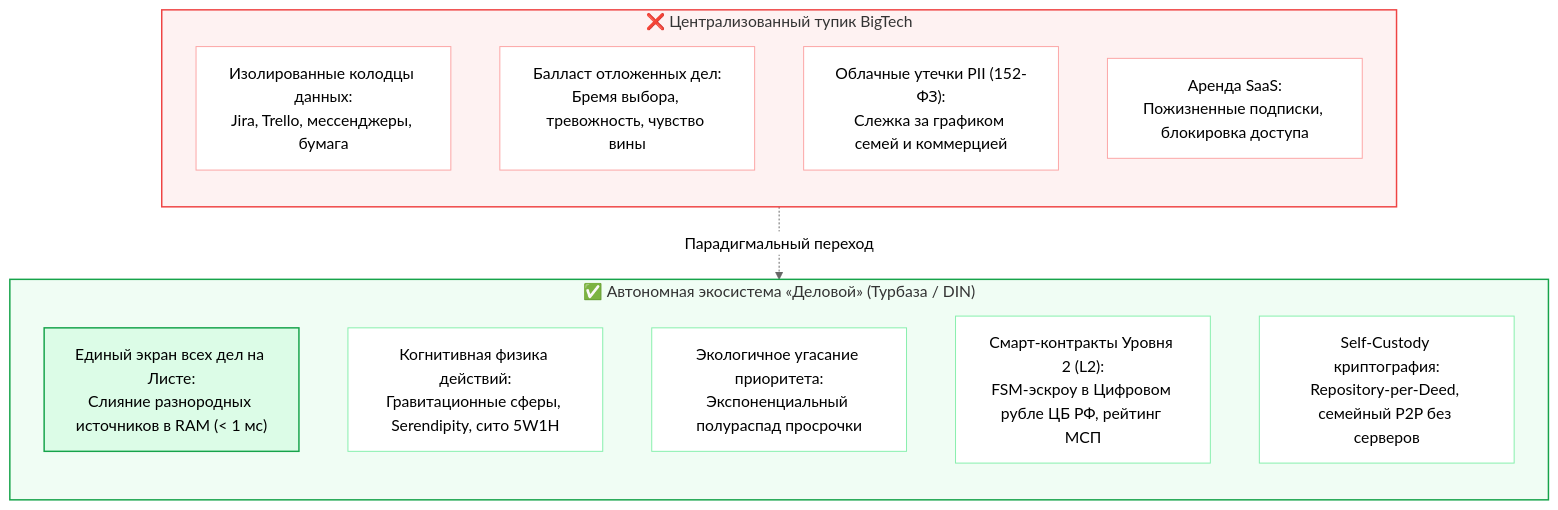
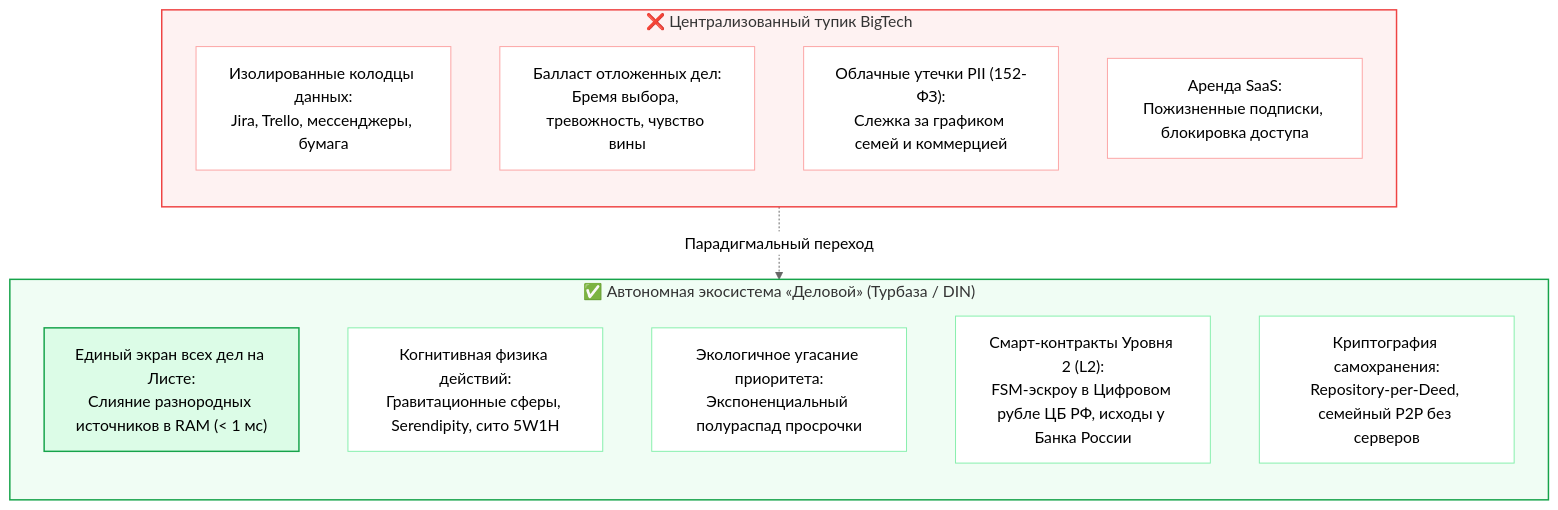
The first of 7 diagrams in shared_docs/whitepapers/applications/gogetter/GoGetter_Ecosystem_Impact_Guide.md (Data-Independence-Network/presentations), drawn with Mermaid (neutral theme) before and after one commit. The commit also changed other lines of this file and 10 other files, not shown here.

````diff
--- a/shared_docs/whitepapers/applications/gogetter/GoGetter_Ecosystem_Impact_Guide.md
+++ b/shared_docs/whitepapers/applications/gogetter/GoGetter_Ecosystem_Impact_Guide.md
@@ -50,33 +50,33 @@
 ```mermaid
 flowchart TD
     subgraph OldTrap ["❌ Централизованный тупик BigTech"]
         direction TB
         Silos["Изолированные колодцы данных:<br/>Jira, Trello, мессенджеры, бумага"]
         Guilt["Балласт отложенных дел:<br/>Бремя выбора, тревожность, чувство вины"]
         LeakRisk["Облачные утечки PII (152-ФЗ):<br/>Слежка за графиком семей и коммерцией"]
         Rent["Аренда SaaS:<br/>Пожизненные подписки, блокировка доступа"]
     end
 
     subgraph GoGetterAlt ["✅ Автономная экосистема «Деловой» (Турбаза / DIN)"]
         direction TB
         UnifiedLeaf["Единый экран всех дел на Листе:<br/>Слияние разнородных источников в RAM (< 1 мс)"]
         CognitivePhysics["Когнитивная физика действий:<br/>Гравитационные сферы, Serendipity, сито 5W1H"]
         Decay["Экологичное угасание приоритета:<br/>Экспоненциальный полураспад просрочки"]
-        L2Smart["Смарт-контракты Уровня 2 (L2):<br/>FSM-эскроу в Цифровом рубле ЦБ РФ, рейтинг МСП"]
-        P2PPrivacy["Self-Custody криптография:<br/>Repository-per-Deed, семейный P2P без серверов"]
+        L2Smart["Смарт-контракты Уровня 2 (L2):<br/>FSM-эскроу в Цифровом рубле ЦБ РФ, исходы у Банка России"]
+        P2PPrivacy["Криптография самохранения:<br/>Repository-per-Deed, семейный P2P без серверов"]
     end
 
     OldTrap -.->|Парадигмальный переход| GoGetterAlt
 
     style OldTrap fill:#fef2f2,stroke:#ef4444,stroke-width:1.5px
     style GoGetterAlt fill:#f0fdf4,stroke:#16a34a,stroke-width:1.5px
     style Silos fill:#ffffff,stroke:#fca5a5,stroke-width:1px
     style Guilt fill:#ffffff,stroke:#fca5a5,stroke-width:1px
     style LeakRisk fill:#ffffff,stroke:#fca5a5,stroke-width:1px
     style Rent fill:#ffffff,stroke:#fca5a5,stroke-width:1px
     style UnifiedLeaf fill:#dcfce7,stroke:#16a34a,stroke-width:1.5px
     style CognitivePhysics fill:#ffffff,stroke:#86efac,stroke-width:1px
     style Decay fill:#ffffff,stroke:#86efac,stroke-width:1px
     style L2Smart fill:#ffffff,stroke:#86efac,stroke-width:1px
     style P2PPrivacy fill:#ffffff,stroke:#86efac,stroke-width:1px
 ```
````
